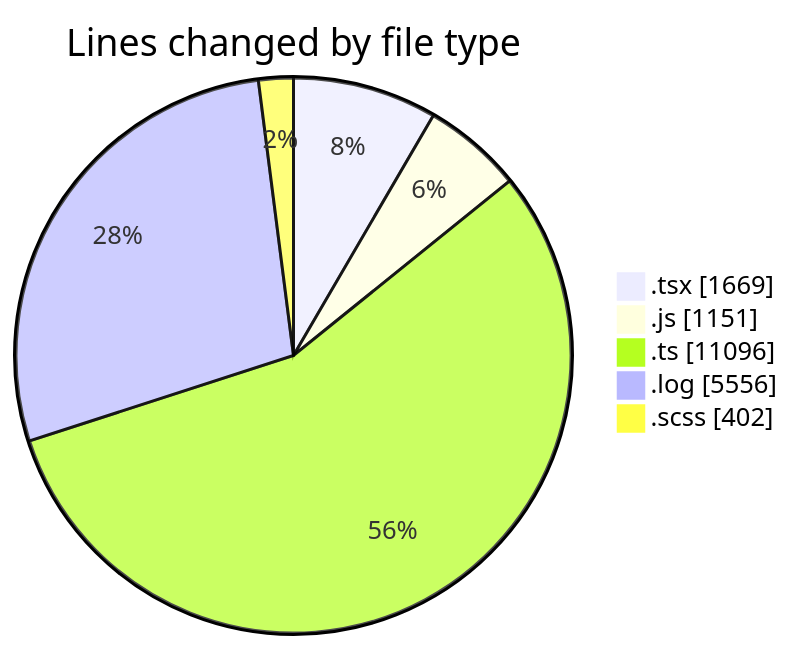
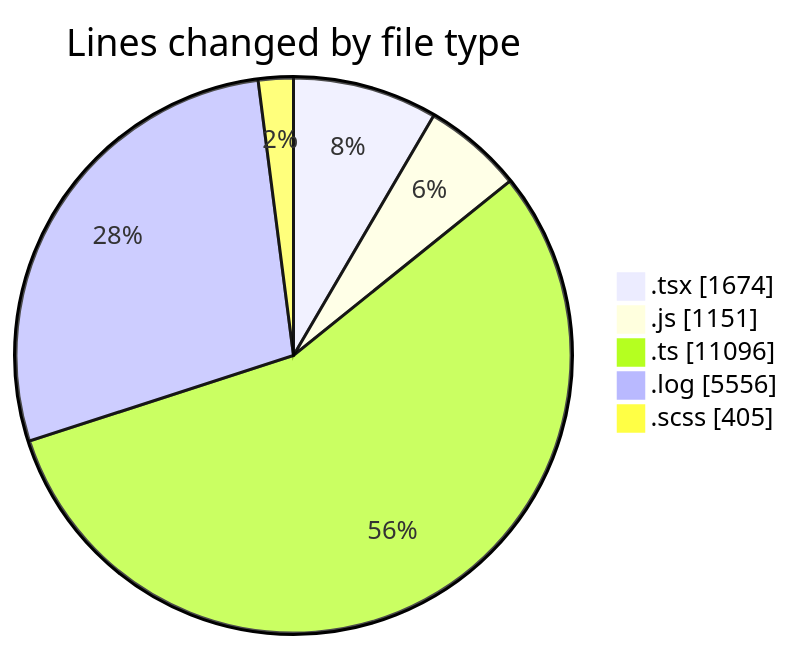
One commit to momahboobian/code-tracking changed the first of 2 diagrams in 2026-04-09/cda/README.md. Above: the diagram before and after it, drawn with Mermaid. The commit also changed other lines of this file and 1 other file, not shown here.

````diff
--- a/2026-04-09/cda/README.md
+++ b/2026-04-09/cda/README.md
@@ -32,9 +32,9 @@
 ```mermaid
 pie showData
 title Lines changed by file type
-".tsx" : 1669
+".tsx" : 1674
 ".js" : 1151
 ".ts" : 11096
 ".log" : 5556
-".scss" : 402
+".scss" : 405
 ```
````
